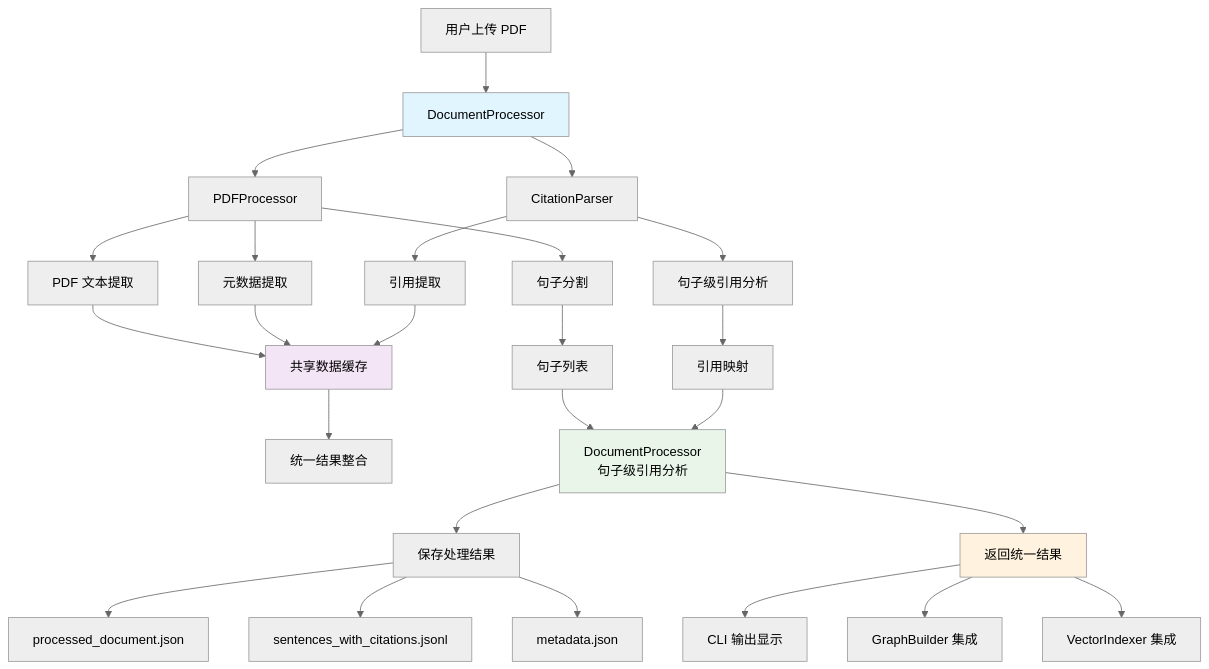
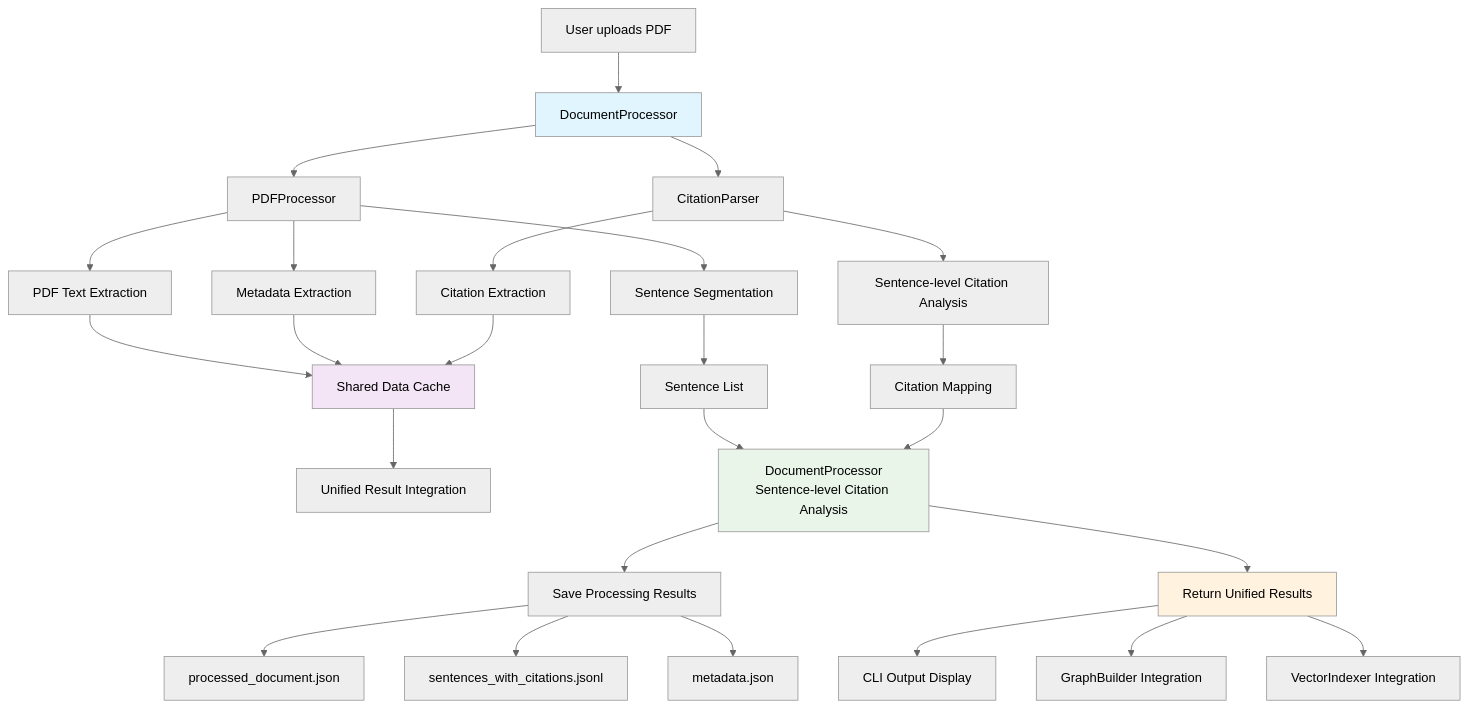
Before and after one commit to Tiresiasel/CiteWeave: the first of 3 diagrams in product_planning/PRODUCT_SPEC.md, drawn with Mermaid (neutral theme). The commit also changed other lines of this file and 34 other files, not shown here.

````diff
--- a/product_planning/PRODUCT_SPEC.md
+++ b/product_planning/PRODUCT_SPEC.md
@@ -127,42 +127,42 @@
 ```mermaid
 graph TD
-    A[用户上传 PDF] --> B[DocumentProcessor]
+    A[User uploads PDF] --> B[DocumentProcessor]
     
     B --> C[PDFProcessor]
     B --> D[CitationParser]
     
-    C --> E[PDF 文本提取]
-    C --> F[句子分割]
-    C --> G[元数据提取]
+    C --> E[PDF Text Extraction]
+    C --> F[Sentence Segmentation]
+    C --> G[Metadata Extraction]
     
-    D --> H[引用提取]
-    D --> I[句子级引用分析]
+    D --> H[Citation Extraction]
+    D --> I[Sentence-level Citation Analysis]
     
-    E --> J[共享数据缓存]
+    E --> J[Shared Data Cache]
     G --> J
     H --> J
     
-    J --> K[统一结果整合]
+    J --> K[Unified Result Integration]
     
-    F --> L[句子列表]
-    I --> M[引用映射]
+    F --> L[Sentence List]
+    I --> M[Citation Mapping]
     
-    L --> N[DocumentProcessor<br/>句子级引用分析]
+    L --> N[DocumentProcessor<br/>Sentence-level Citation Analysis]
     M --> N
     
-    N --> O[保存处理结果]
-    N --> P[返回统一结果]
+    N --> O[Save Processing Results]
+    N --> P[Return Unified Results]
     
     O --> Q[processed_document.json]
     O --> R[sentences_with_citations.jsonl]
     O --> S[metadata.json]
     
-    P --> T[CLI 输出显示]
-    P --> U[GraphBuilder 集成]
-    P --> V[VectorIndexer 集成]
+    P --> T[CLI Output Display]
+    P --> U[GraphBuilder Integration]
+    P --> V[VectorIndexer Integration]
     
     style B fill:#e1f5fe
     style J fill:#f3e5f5
     style N fill:#e8f5e8
     style P fill:#fff3e0
 ```
````
